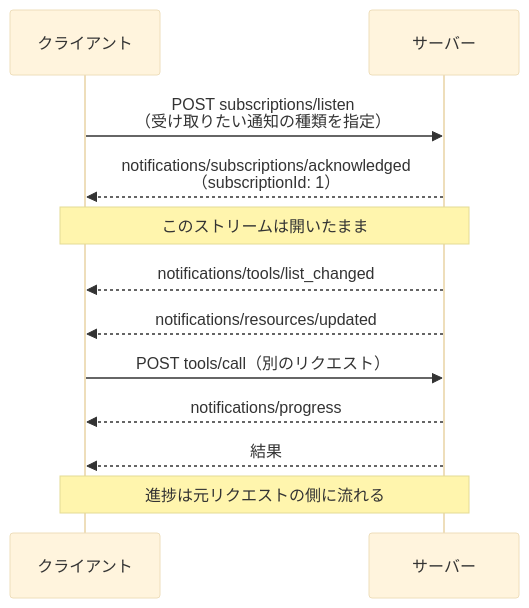
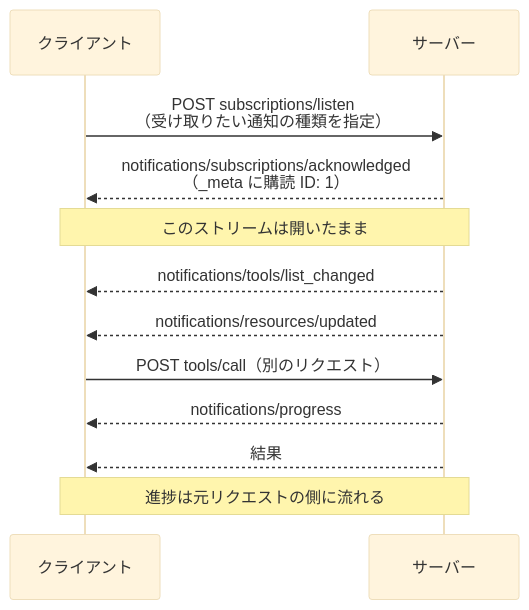
The fourth of 4 diagrams in public/2026-08-mcp-2026-07-28.md (yamazaki-yuki-23/qiita-tech-blogs), drawn with Mermaid (base theme) before and after one commit. The commit also changed other lines of this file, not shown here.

````diff
--- a/public/2026-08-mcp-2026-07-28.md
+++ b/public/2026-08-mcp-2026-07-28.md
@@ -322,16 +246,16 @@
 ```mermaid
 sequenceDiagram
     participant C as クライアント
     participant S as サーバー
 
     C->>S: POST subscriptions/listen<br/>（受け取りたい通知の種類を指定）
-    S-->>C: notifications/subscriptions/acknowledged<br/>（subscriptionId: 1）
+    S-->>C: notifications/subscriptions/acknowledged<br/>（_meta に購読 ID: 1）
     Note over C,S: このストリームは開いたまま
     S-->>C: notifications/tools/list_changed
     S-->>C: notifications/resources/updated
 
     C->>S: POST tools/call（別のリクエスト）
     S-->>C: notifications/progress
     S-->>C: 結果
     Note over C,S: 進捗は元リクエストの側に流れる
 ```
````
